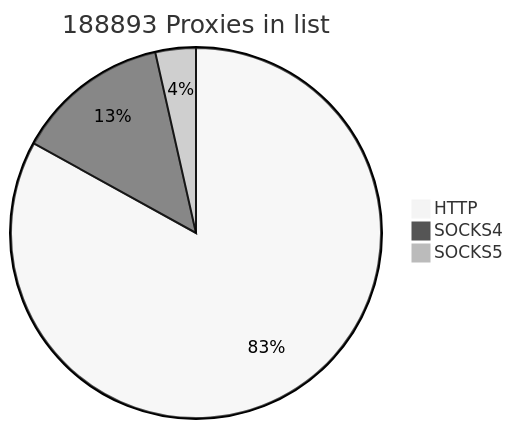
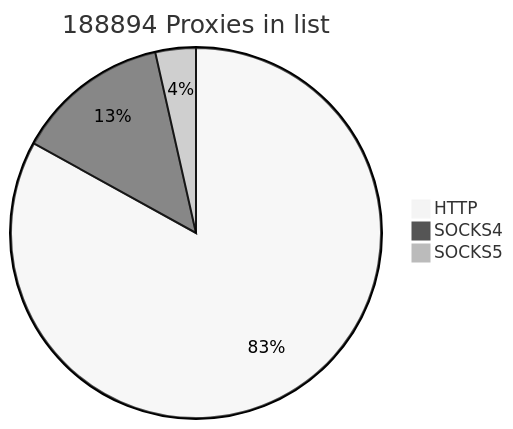
The first of 2 diagrams in README.md (cutipu/proxylist), drawn with Mermaid (neutral theme) before and after one commit. The commit also changed other lines of this file, not shown here.

````diff
--- a/README.md
+++ b/README.md
@@ -2,7 +2,7 @@
 ```mermaid
-pie title 188893 Proxies in list
+pie title 188894 Proxies in list
     "HTTP" : 156852
     "SOCKS4" : 25368
-    "SOCKS5" : 6673
+    "SOCKS5" : 6674
             
 ```
````
